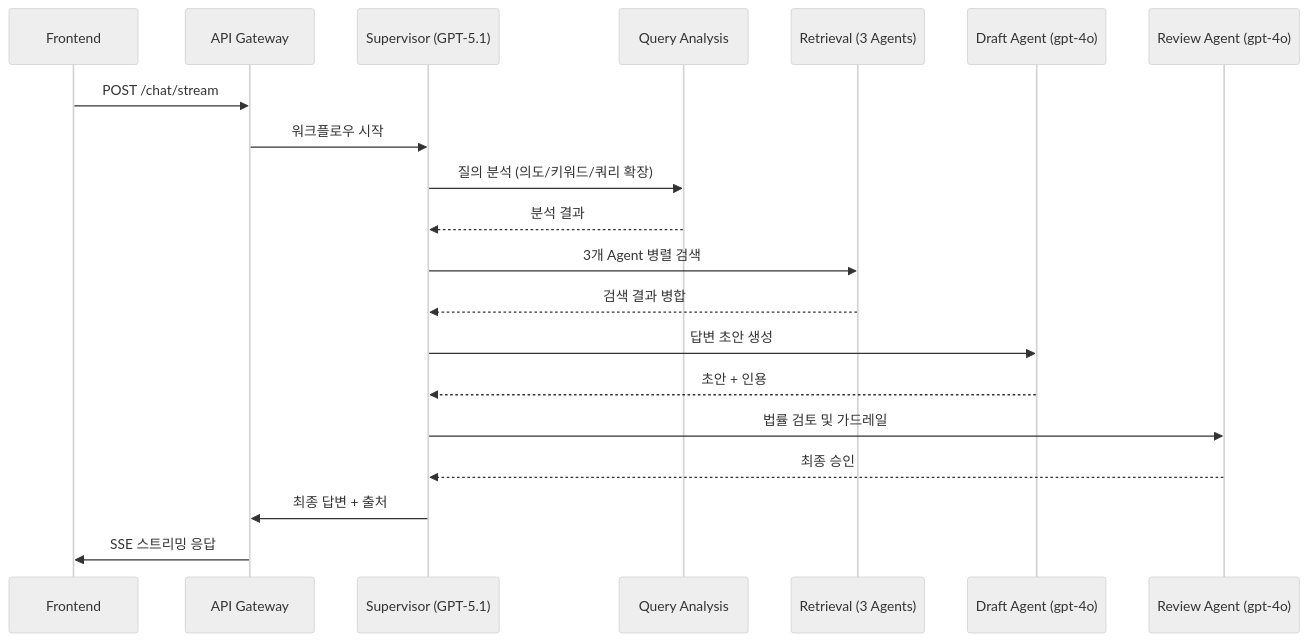
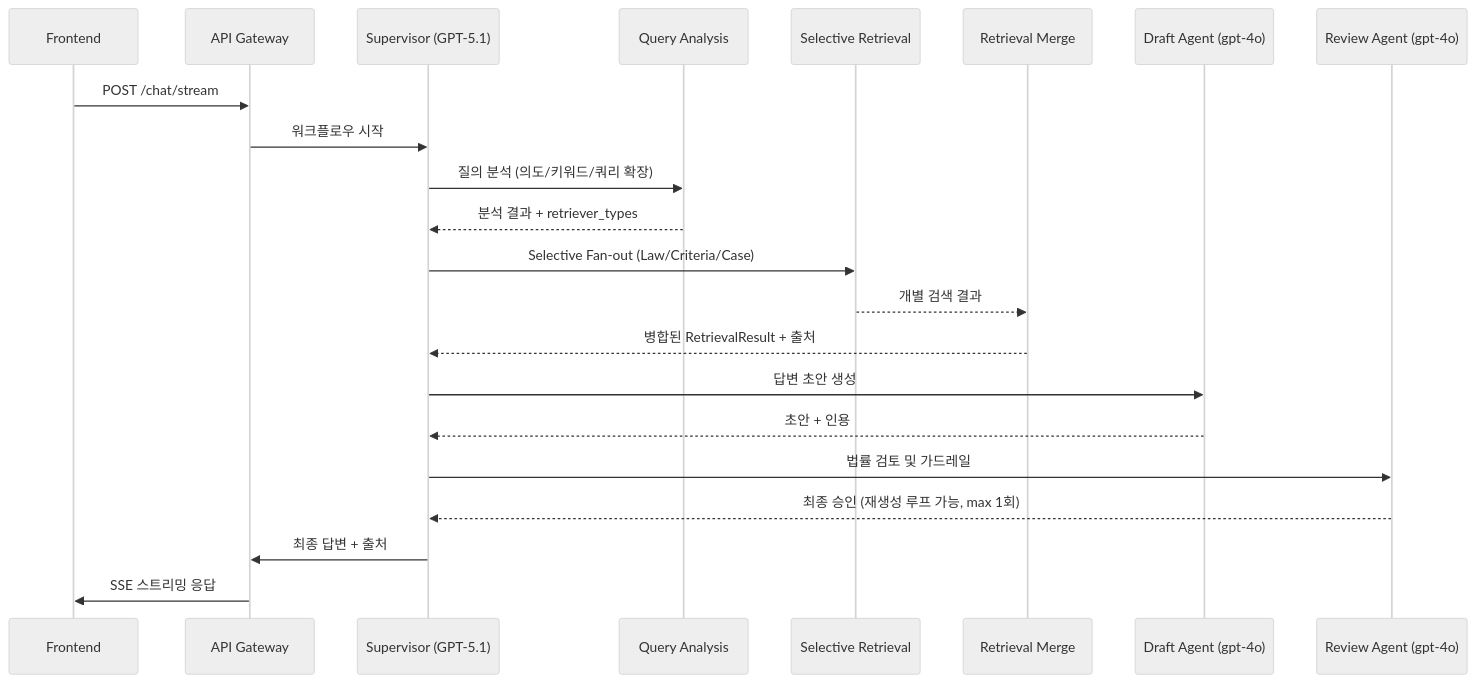
One commit to Maroco0109/Ddoksori changed the second of 2 diagrams in README.md. Above: the diagram before and after it, drawn with Mermaid (neutral theme). The commit also changed other lines of this file and 19 other files, not shown here.

````diff
--- a/README.md
+++ b/README.md
@@ -163,23 +165,25 @@
 ```mermaid
 sequenceDiagram
     participant FE as Frontend
     participant API as API Gateway
     participant SUP as Supervisor (GPT-5.1)
     participant QA as Query Analysis
-    participant IR as Retrieval (3 Agents)
+    participant IR as Selective Retrieval
+    participant MG as Retrieval Merge
     participant AG as Draft Agent (gpt-4o)
     participant LR as Review Agent (gpt-4o)
 
     FE->>API: POST /chat/stream
     API->>SUP: 워크플로우 시작
     SUP->>QA: 질의 분석 (의도/키워드/쿼리 확장)
-    QA-->>SUP: 분석 결과
-    SUP->>IR: 3개 Agent 병렬 검색
-    IR-->>SUP: 검색 결과 병합
+    QA-->>SUP: 분석 결과 + retriever_types
+    SUP->>IR: Selective Fan-out (Law/Criteria/Case)
+    IR-->>MG: 개별 검색 결과
+    MG-->>SUP: 병합된 RetrievalResult + 출처
     SUP->>AG: 답변 초안 생성
     AG-->>SUP: 초안 + 인용
     SUP->>LR: 법률 검토 및 가드레일
-    LR-->>SUP: 최종 승인
+    LR-->>SUP: 최종 승인 (재생성 루프 가능, max 1회)
     SUP->>API: 최종 답변 + 출처
     API->>FE: SSE 스트리밍 응답
 ```
````
